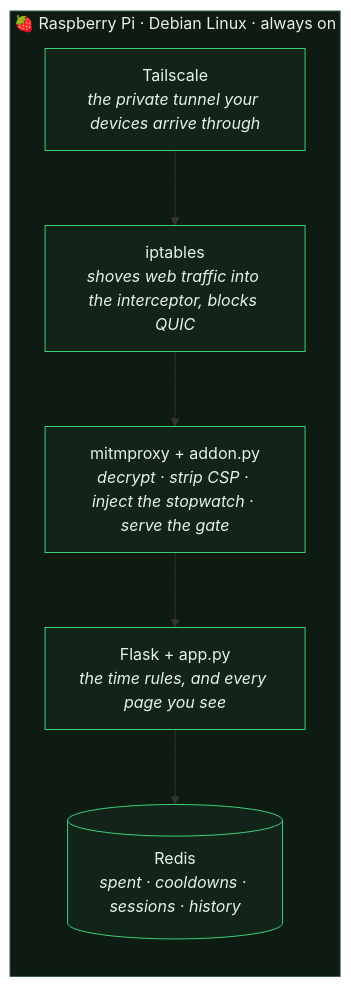
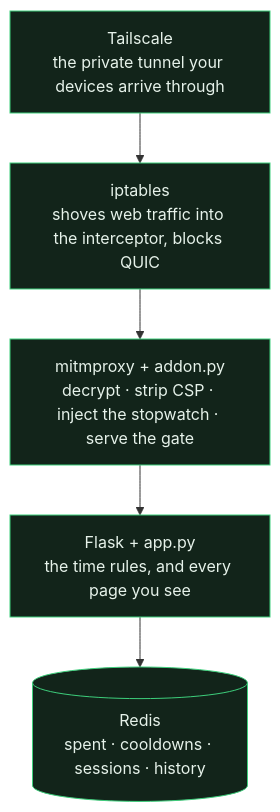
The fourth of 7 diagrams in ARCHITECTURE.md (Chauhan-Siddharth-git/cooldown), drawn with Mermaid before and after one commit. The commit also changed other lines of this file, not shown here.

First line of the commit message:
ARCHITECTURE: fix diagrams that GitHub refused to render

````diff
--- a/ARCHITECTURE.md
+++ b/ARCHITECTURE.md
@@ -329,18 +327,12 @@
 ```mermaid
 flowchart TB
-    subgraph pi ["🍓 Raspberry Pi · Debian Linux · always on"]
-        direction TB
-        T["Tailscale<br/><i>the private tunnel your devices arrive through</i>"]
-        I["iptables<br/><i>shoves web traffic into the interceptor, blocks QUIC</i>"]
-        MM["mitmproxy + addon.py<br/><i>decrypt · strip CSP · inject the stopwatch · serve the gate</i>"]
-        FF["Flask + app.py<br/><i>the time rules, and every page you see</i>"]
-        RR[("Redis<br/><i>spent · cooldowns · sessions · history</i>")]
-        T --> I --> MM --> FF --> RR
-    end
-    style pi fill:#0d1b12,stroke:#2f5d43,color:#e6f2ea
-    style T fill:#12241a,stroke:#3ecf7c,color:#e6f2ea
-    style I fill:#12241a,stroke:#3ecf7c,color:#e6f2ea
-    style MM fill:#12241a,stroke:#3ecf7c,color:#e6f2ea
-    style FF fill:#12241a,stroke:#3ecf7c,color:#e6f2ea
-    style RR fill:#12241a,stroke:#3ecf7c,color:#e6f2ea
+    T["Tailscale<br/>the private tunnel your devices arrive through"]
+    I["iptables<br/>shoves web traffic into the interceptor, blocks QUIC"]
+    MM["mitmproxy + addon.py<br/>decrypt · strip CSP · inject the stopwatch · serve the gate"]
+    FF["Flask + app.py<br/>the time rules, and every page you see"]
+    RR[("Redis<br/>spent · cooldowns · sessions · history")]
+    T --> I --> MM --> FF --> RR
+
+    classDef svc fill:#12241a,stroke:#3ecf7c,color:#e6f2ea
+    class T,I,MM,FF,RR svc
 ```
````
